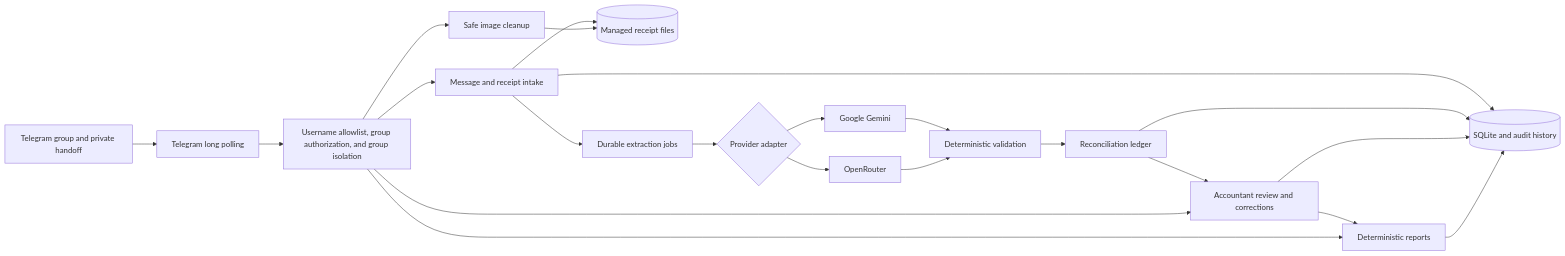
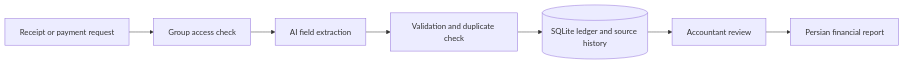
One commit to dariushmmz/telegram-financial-agent changed the diagram in README.md. Above: the diagram before and after it, drawn with Mermaid. The commit also changed other lines of this file, not shown here.

````diff
--- a/README.md
+++ b/README.md
@@ -30,24 +15,9 @@
 ```mermaid
 flowchart LR
-    TG[Telegram group and private handoff] --> API[Telegram long polling]
-    API --> AUTH[Username allowlist, group authorization, and group isolation]
-    AUTH --> INTAKE[Message and receipt intake]
-    INTAKE --> FILES[(Managed receipt files)]
-    INTAKE --> QUEUE[Durable extraction jobs]
-    QUEUE --> AI{Provider adapter}
-    AI --> GEMINI[Google Gemini]
-    AI --> OPENROUTER[OpenRouter]
-    GEMINI --> VALIDATE[Deterministic validation]
-    OPENROUTER --> VALIDATE
-    VALIDATE --> LEDGER[Reconciliation ledger]
-    LEDGER --> REVIEW[Accountant review and corrections]
-    REVIEW --> REPORT[Deterministic reports]
-    AUTH --> REVIEW
-    AUTH --> REPORT
-    AUTH --> CLEANUP[Safe image cleanup]
-    CLEANUP --> FILES
-    INTAKE --> DB[(SQLite and audit history)]
-    LEDGER --> DB
-    REVIEW --> DB
-    REPORT --> DB
+    A[Receipt or payment request] --> B[Group access check]
+    B --> C[AI field extraction]
+    C --> D[Validation and duplicate check]
+    D --> E[(SQLite ledger and source history)]
+    E --> F[Accountant review]
+    F --> G[Persian financial report]
 ```
````
